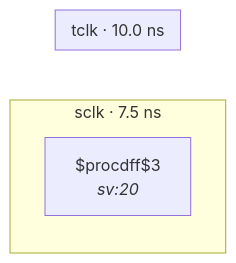
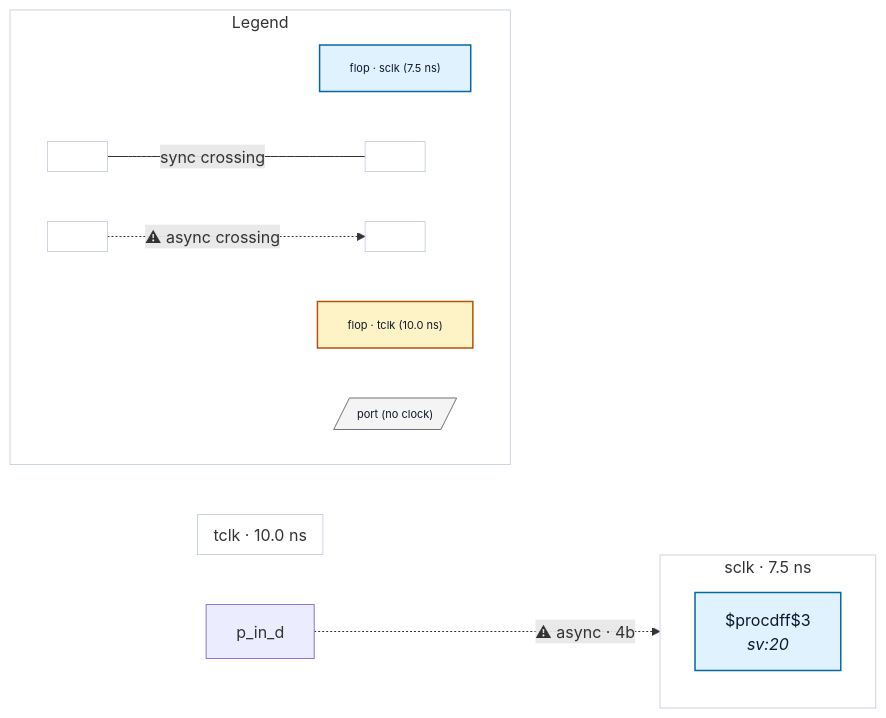
The diagram in tests/fixtures/bad_unconstrained_input_muxed_clock/README.md (rtl-buddy/rtl-buddy-cdc), drawn with Mermaid before and after one commit. The commit also changed 71 other files, not shown here.

First line of the commit message:
Refresh fixture READMEs + render iterations (colors, legend, nested ports, clock-net edges)

````diff
--- a/tests/fixtures/bad_unconstrained_input_muxed_clock/README.md
+++ b/tests/fixtures/bad_unconstrained_input_muxed_clock/README.md
@@ -16,12 +16,38 @@
 ```mermaid
 %% bad_unconstrained_input_muxed_clock — generated by rtl-buddy-cdc render
 flowchart LR
   subgraph clk_sclk["sclk · 7.5 ns"]
     direction TB
-    f_0fe1f3df["$procdff$3<br/><i>sv:20</i>"]
+    f_0fe1f3df["$procdff$3<br/><i>sv:20</i>"]:::ckcls_sclk
   end
   subgraph clk_tclk["tclk · 10.0 ns"]
     direction TB
   end
-  classDef port fill:#f4f4f5,stroke:#71717a
+  p_in_d -. "⚠ async · 4b" .-> f_0fe1f3df
+  subgraph rb_legend["Legend"]
+    direction LR
+    lg_clk_sclk["flop · sclk (7.5 ns)"]:::ckcls_sclk
+    lg_clk_tclk["flop · tclk (10.0 ns)"]:::ckcls_tclk
+    lg_port[/"port (no clock)"/]:::port_unassigned
+    lg_sync_a[" "]:::ckcls_legend_neutral
+    lg_sync_b[" "]:::ckcls_legend_neutral
+    lg_async_a[" "]:::ckcls_legend_neutral
+    lg_async_b[" "]:::ckcls_legend_neutral
+    lg_sync_a --- |"sync crossing"| lg_sync_b
+    lg_async_a -. "⚠ async crossing" .-> lg_async_b
+  end
+  style clk_sclk fill:none,stroke:#cbd5e1
+  style clk_tclk fill:none,stroke:#cbd5e1
+  style rb_legend fill:none,stroke:#cbd5e1
+  style lg_clk_sclk font-size:11px
+  style lg_clk_tclk font-size:11px
+  style lg_port font-size:11px
+  style lg_sync_a font-size:11px
+  style lg_sync_b font-size:11px
+  style lg_async_a font-size:11px
+  style lg_async_b font-size:11px
+  classDef ckcls_sclk fill:#e0f2fe,stroke:#0369a1,stroke-width:1.5px,color:#0f172a
+  classDef ckcls_tclk fill:#fef3c7,stroke:#b45309,stroke-width:1.5px,color:#0f172a
+  classDef port_unassigned fill:#f4f4f5,stroke:#71717a,color:#0f172a
+  classDef ckcls_legend_neutral fill:#ffffff,stroke:#cbd5e1,stroke-width:1px,color:#0f172a
 ```
````
